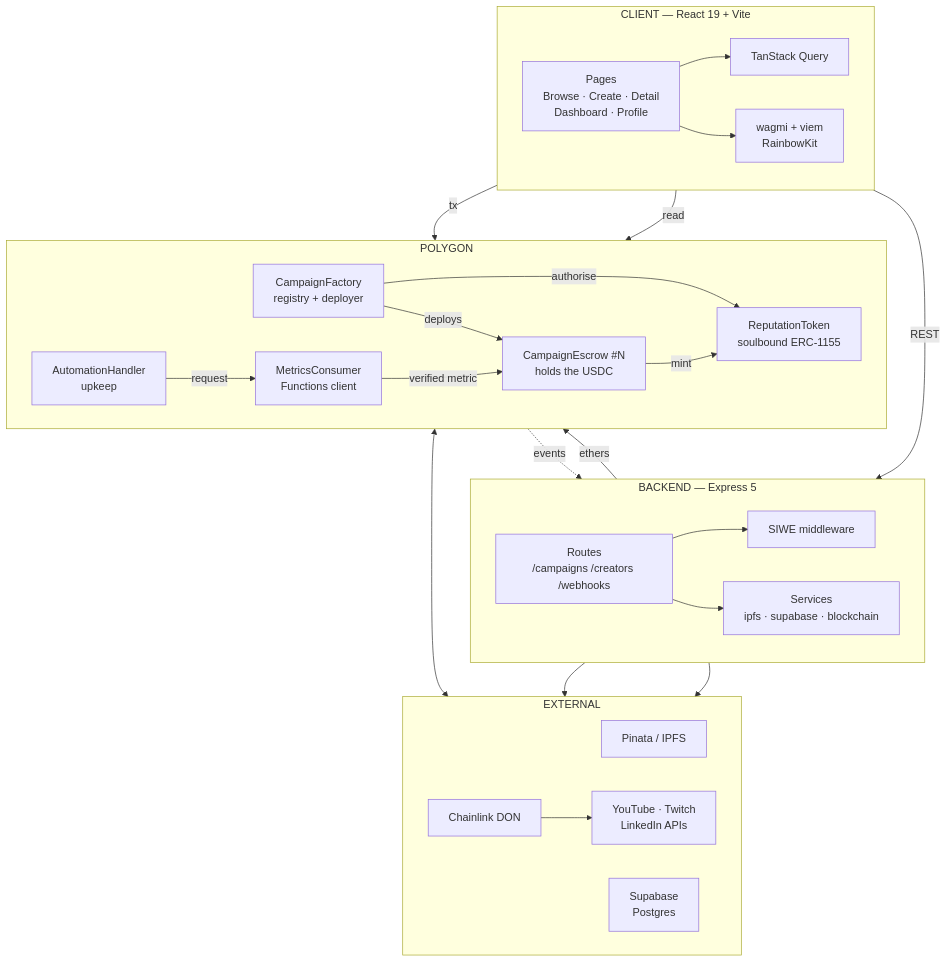
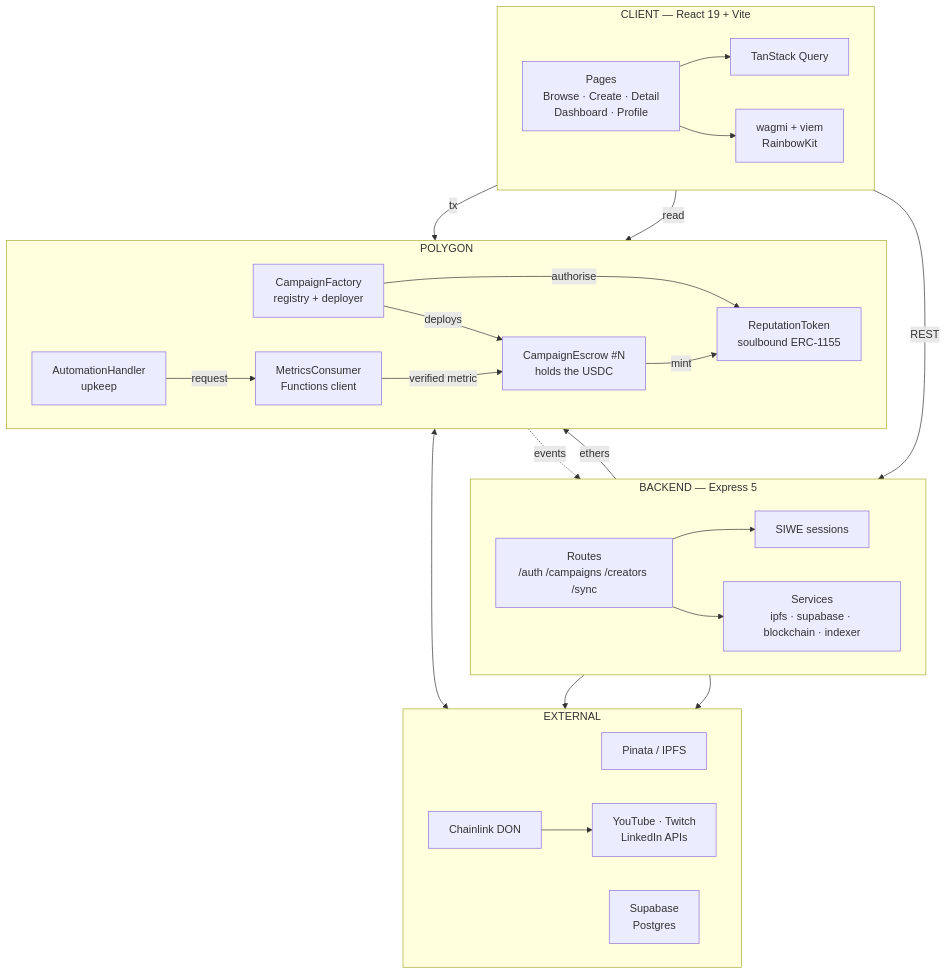
The third of 3 diagrams in README.md (gokulakrishnanjawahar/Influencity_v1), drawn with Mermaid before and after one commit. The commit also changed other lines of this file and 45 other files, not shown here.

Commit message:
Fix escrow payout, oracle and auth bugs; add chain indexer

````diff
--- a/README.md
+++ b/README.md
@@ -91,52 +91,52 @@
 ```mermaid
 flowchart TB
     subgraph client["CLIENT — React 19 + Vite"]
         direction LR
         UI["Pages<br/>Browse · Create · Detail<br/>Dashboard · Profile"]
         W["wagmi + viem<br/>RainbowKit"]
         Q["TanStack Query"]
     end
 
     subgraph server["BACKEND — Express 5"]
         direction LR
-        API["Routes<br/>/campaigns /creators /webhooks"]
-        AUTH["SIWE middleware"]
-        SVC["Services<br/>ipfs · supabase · blockchain"]
+        API["Routes<br/>/auth /campaigns /creators /sync"]
+        AUTH["SIWE sessions"]
+        SVC["Services<br/>ipfs · supabase · blockchain · indexer"]
     end
 
     subgraph chain["POLYGON"]
         direction LR
         F["CampaignFactory<br/>registry + deployer"]
         E["CampaignEscrow #N<br/>holds the USDC"]
         R["ReputationToken<br/>soulbound ERC-1155"]
         MC["MetricsConsumer<br/>Functions client"]
         AH["AutomationHandler<br/>upkeep"]
     end
 
     subgraph ext["EXTERNAL"]
         direction LR
         PIN["Pinata / IPFS"]
         SUP["Supabase<br/>Postgres"]
         CL["Chainlink DON"]
         PLAT["YouTube · Twitch<br/>LinkedIn APIs"]
     end
 
     UI --> Q
     UI --> W
     Q -->|"REST"| API
     W -->|"tx"| F
     W -->|"read"| E
     API --> AUTH
     API --> SVC
     SVC --> PIN
     SVC --> SUP
     SVC -->|"ethers"| E
     F -->|"deploys"| E
     F -->|"authorise"| R
     E -->|"mint"| R
     AH -->|"request"| MC
     MC <--> CL
     CL --> PLAT
     MC -->|"verified metric"| E
     E -.->|"events"| API
 ```
````
